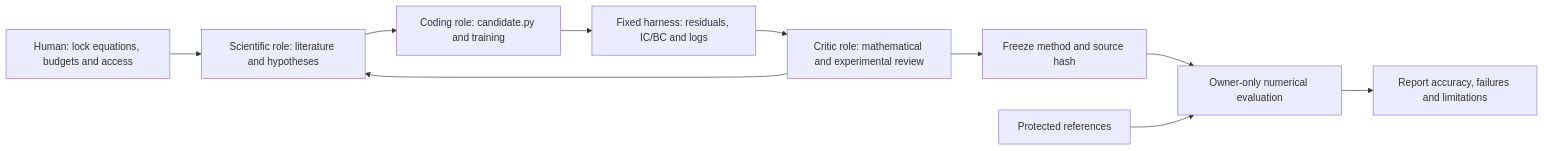
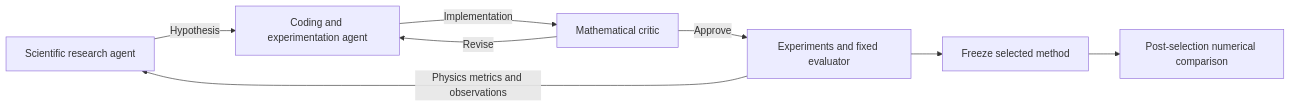
The diagram in README.md (akhilendra1811/agentic_PINNs_experiment), drawn with Mermaid before and after one commit. The commit also changed other lines of this file and 440 other files, not shown here.

Commit message:
Simplify research repository around three PINN experiments

````diff
--- a/README.md
+++ b/README.md
@@ -20,12 +23,10 @@
 ```mermaid
 flowchart LR
-    H[Human: lock equations, budgets and access] --> S[Scientific role: literature and hypotheses]
-    S --> C[Coding role: candidate.py and training]
-    C --> E[Fixed harness: residuals, IC/BC and logs]
-    E --> V[Critic role: mathematical and experimental review]
-    V --> S
-    V --> F[Freeze method and source hash]
-    F --> O[Owner-only numerical evaluation]
-    R[Protected references] --> O
-    O --> A[Report accuracy, failures and limitations]
+    R[Scientific research agent] -->|Hypothesis| C[Coding and experimentation agent]
+    C -->|Implementation| M[Mathematical critic]
+    M -->|Revise| C
+    M -->|Approve| E[Experiments and fixed evaluator]
+    E -->|Physics metrics and observations| R
+    E --> F[Freeze selected method]
+    F --> N[Post-selection numerical comparison]
 ```
````
